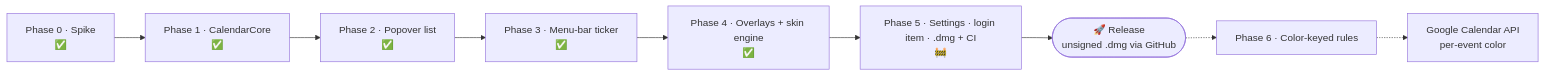
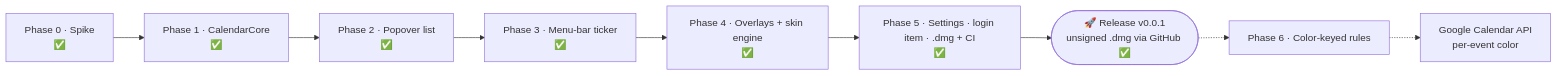
The diagram in README.md (subliker/SubNotes), drawn with Mermaid before and after one commit. The commit also changed other lines of this file and 1 other file, not shown here.

First line of the commit message:
docs: Фаза 5 завершена — релиз v0.0.1, синхронизация схемы (#32)

````diff
--- a/README.md
+++ b/README.md
@@ -25,11 +26,11 @@
 ```mermaid
 flowchart LR
     P0["Phase 0 · Spike<br/>✅"] --> P1["Phase 1 · CalendarCore<br/>✅"]
     P1 --> P2["Phase 2 · Popover list<br/>✅"]
     P2 --> P3["Phase 3 · Menu-bar ticker<br/>✅"]
     P3 --> P4["Phase 4 · Overlays + skin engine<br/>✅"]
-    P4 --> P5["Phase 5 · Settings · login item · .dmg + CI<br/>🚧"]
-    P5 --> REL(["🚀 Release<br/>unsigned .dmg via GitHub"])
+    P4 --> P5["Phase 5 · Settings · login item · .dmg + CI<br/>✅"]
+    P5 --> REL(["🚀 Release v0.0.1<br/>unsigned .dmg via GitHub ✅"])
     REL -.-> P6["Phase 6 · Color-keyed rules"]
     P6 -.-> GA["Google Calendar API<br/>per-event color"]
 ```
````
